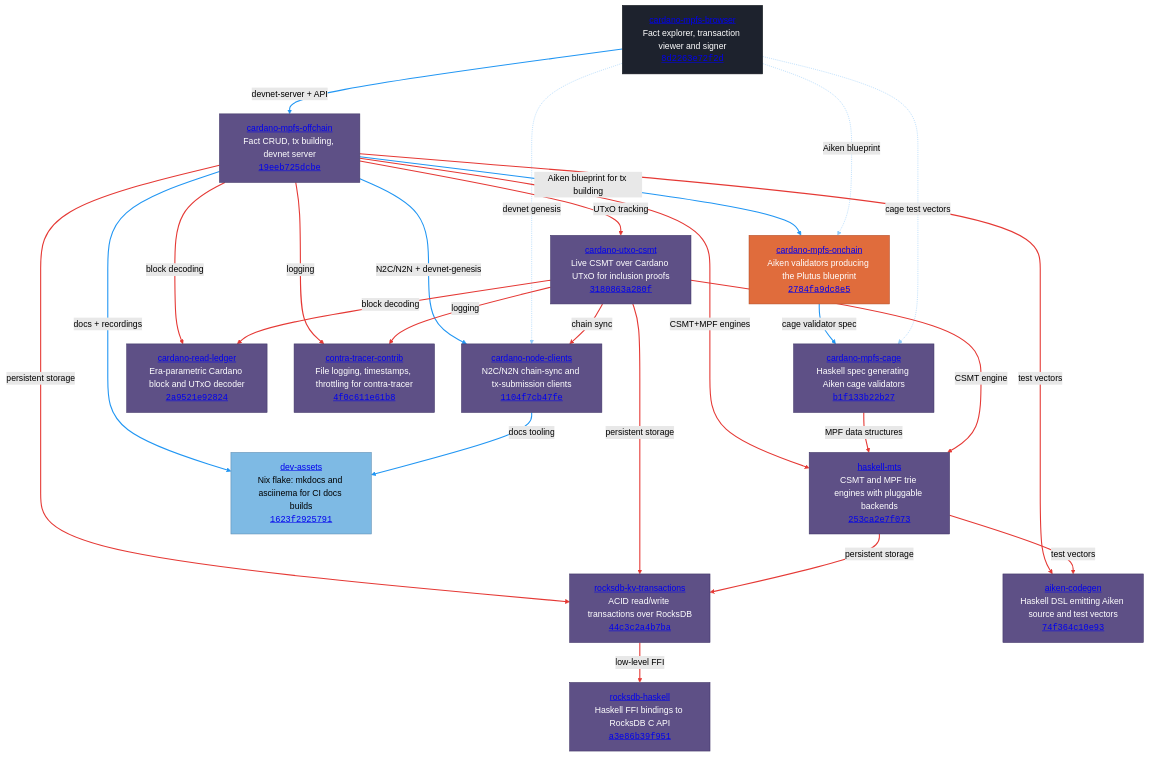
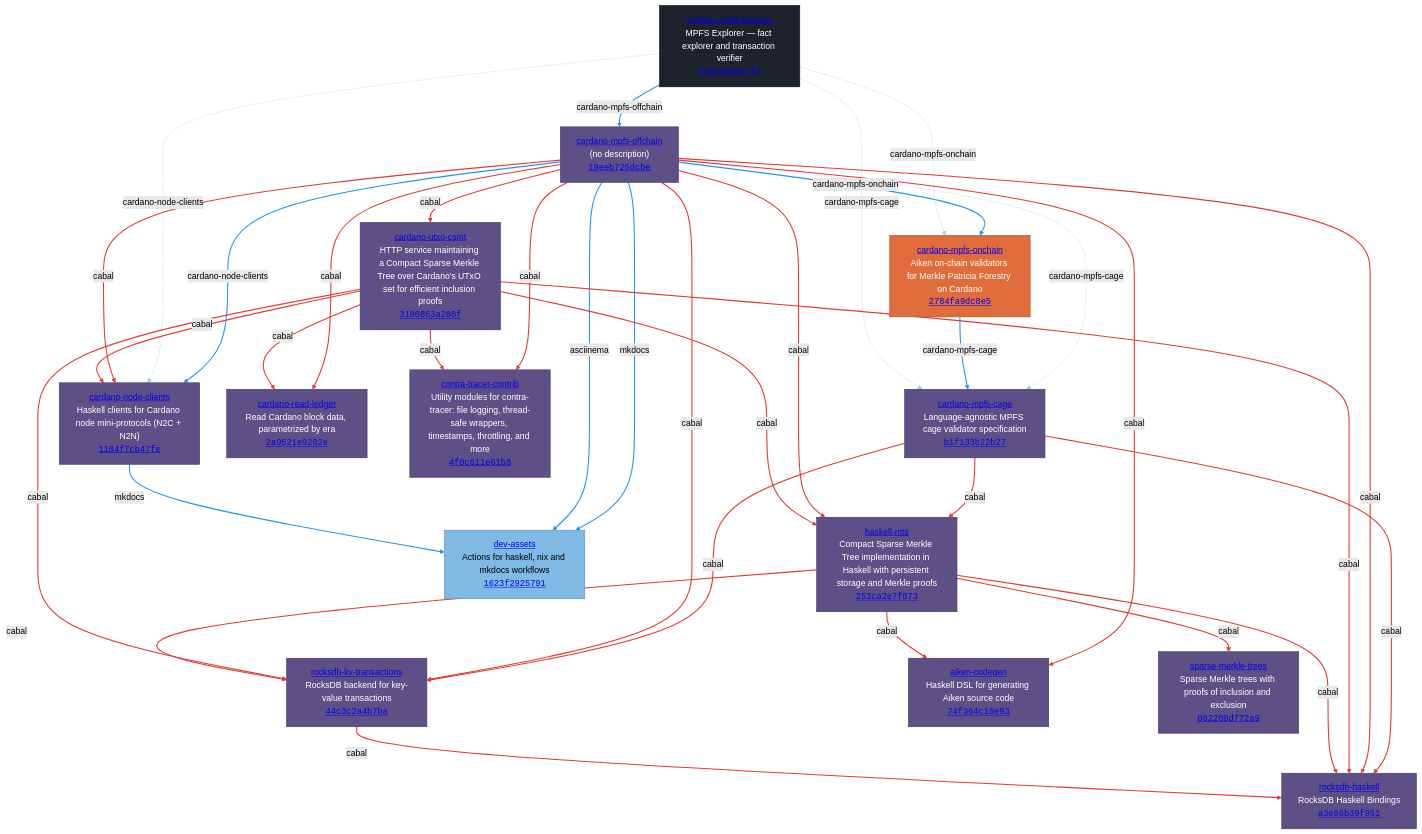
Before and after one commit to lambdasistemi/cardano-mpfs-browser: the diagram in ARCHITECTURE.md, drawn with Mermaid (forest theme). The commit also changed other lines of this file, not shown here.

Commit message:
feat: regenerate ARCHITECTURE.md with babashka script

````diff
--- a/ARCHITECTURE.md
+++ b/ARCHITECTURE.md
@@ -110,66 +127,60 @@
 ```mermaid
 graph TD
-    %% Node styles by language/technology
     classDef haskell fill:#5e5086,stroke:#3d3364,color:#fff
     classDef aiken fill:#e06c3c,stroke:#b34a24,color:#fff
     classDef purescript fill:#1d222d,stroke:#14181f,color:#fff
     classDef nix fill:#7ebae4,stroke:#5a8ab0,color:#000
 
-    %% Haskell repos
-    Offchain["<a href='https://github.com/lambdasistemi/cardano-mpfs-offchain/tree/19eeb725dcbe'>cardano-mpfs-offchain</a><br/>Fact CRUD, tx building, devnet server<br/><a href='https://github.com/lambdasistemi/cardano-mpfs-offchain/tree/19eeb725dcbe'><code>19eeb725dcbe</code></a>"]:::haskell
-    Cage["<a href='https://github.com/cardano-foundation/cardano-mpfs-cage/tree/b1f133b22b27'>cardano-mpfs-cage</a><br/>Haskell spec generating Aiken cage validators<br/><a href='https://github.com/cardano-foundation/cardano-mpfs-cage/tree/b1f133b22b27'><code>b1f133b22b27</code></a>"]:::haskell
-    NodeClients["<a href='https://github.com/lambdasistemi/cardano-node-clients/tree/1104f7cb47fe'>cardano-node-clients</a><br/>N2C/N2N chain-sync and tx-submission clients<br/><a href='https://github.com/lambdasistemi/cardano-node-clients/tree/1104f7cb47fe'><code>1104f7cb47fe</code></a>"]:::haskell
-    UtxoCsmt["<a href='https://github.com/lambdasistemi/cardano-utxo-csmt/tree/3180863a280f'>cardano-utxo-csmt</a><br/>Live CSMT over Cardano UTxO for inclusion proofs<br/><a href='https://github.com/lambdasistemi/cardano-utxo-csmt/tree/3180863a280f'><code>3180863a280f</code></a>"]:::haskell
-    MTS["<a href='https://github.com/lambdasistemi/haskell-mts/tree/253ca2e7f073'>haskell-mts</a><br/>CSMT and MPF trie engines with pluggable backends<br/><a href='https://github.com/lambdasistemi/haskell-mts/tree/253ca2e7f073'><code>253ca2e7f073</code></a>"]:::haskell
-    RocksKV["<a href='https://github.com/lambdasistemi/rocksdb-kv-transactions/tree/44c3c2a4b7ba'>rocksdb-kv-transactions</a><br/>ACID read/write transactions over RocksDB<br/><a href='https://github.com/lambdasistemi/rocksdb-kv-transactions/tree/44c3c2a4b7ba'><code>44c3c2a4b7ba</code></a>"]:::haskell
-    RocksHS["<a href='https://github.com/lambdasistemi/rocksdb-haskell/tree/a3e86b39f951'>rocksdb-haskell</a><br/>Haskell FFI bindings to RocksDB C API<br/><a href='https://github.com/lambdasistemi/rocksdb-haskell/tree/a3e86b39f951'><code>a3e86b39f951</code></a>"]:::haskell
-    ReadLedger["<a href='https://github.com/lambdasistemi/cardano-read-ledger/tree/2a9521e92824'>cardano-read-ledger</a><br/>Era-parametric Cardano block and UTxO decoder<br/><a href='https://github.com/lambdasistemi/cardano-read-ledger/tree/2a9521e92824'><code>2a9521e92824</code></a>"]:::haskell
-    Tracer["<a href='https://github.com/lambdasistemi/contra-tracer-contrib/tree/4f0c611e61b8'>contra-tracer-contrib</a><br/>File logging, timestamps, throttling for contra-tracer<br/><a href='https://github.com/lambdasistemi/contra-tracer-contrib/tree/4f0c611e61b8'><code>4f0c611e61b8</code></a>"]:::haskell
-    AikenGen["<a href='https://github.com/paolino/aiken-codegen/tree/74f364c10e93'>aiken-codegen</a><br/>Haskell DSL emitting Aiken source and test vectors<br/><a href='https://github.com/paolino/aiken-codegen/tree/74f364c10e93'><code>74f364c10e93</code></a>"]:::haskell
+    cardano_mpfs_browser["<a href='https://github.com/lambdasistemi/cardano-mpfs-browser/tree/b1015bde27f2'>cardano-mpfs-browser</a><br/>MPFS Explorer — fact explorer and transaction verifier<br/><a href='https://github.com/lambdasistemi/cardano-mpfs-browser/commit/b1015bde27f2'><code>b1015bde27f2</code></a>"]:::purescript
+    cardano_mpfs_cage["<a href='https://github.com/cardano-foundation/cardano-mpfs-cage/tree/b1f133b22b27'>cardano-mpfs-cage</a><br/>Language-agnostic MPFS cage validator specification<br/><a href='https://github.com/cardano-foundation/cardano-mpfs-cage/commit/b1f133b22b27'><code>b1f133b22b27</code></a>"]:::haskell
+    cardano_mpfs_offchain["<a href='https://github.com/lambdasistemi/cardano-mpfs-offchain/tree/19eeb725dcbe'>cardano-mpfs-offchain</a><br/>(no description)<br/><a href='https://github.com/lambdasistemi/cardano-mpfs-offchain/commit/19eeb725dcbe'><code>19eeb725dcbe</code></a>"]:::haskell
+    cardano_node_clients["<a href='https://github.com/lambdasistemi/cardano-node-clients/tree/1104f7cb47fe'>cardano-node-clients</a><br/>Haskell clients for Cardano node mini-protocols (N2C + N2N)<br/><a href='https://github.com/lambdasistemi/cardano-node-clients/commit/1104f7cb47fe'><code>1104f7cb47fe</code></a>"]:::haskell
+    cardano_read_ledger["<a href='https://github.com/lambdasistemi/cardano-read-ledger/tree/2a9521e9282e'>cardano-read-ledger</a><br/>Read Cardano block data, parametrized by era<br/><a href='https://github.com/lambdasistemi/cardano-read-ledger/commit/2a9521e9282e'><code>2a9521e9282e</code></a>"]:::haskell
+    cardano_utxo_csmt["<a href='https://github.com/lambdasistemi/cardano-utxo-csmt/tree/3180863a280f'>cardano-utxo-csmt</a><br/>HTTP service maintaining a Compact Sparse Merkle Tree over Cardano's UTxO set for efficient inclusion proofs<br/><a href='https://github.com/lambdasistemi/cardano-utxo-csmt/commit/3180863a280f'><code>3180863a280f</code></a>"]:::haskell
+    contra_tracer_contrib["<a href='https://github.com/lambdasistemi/contra-tracer-contrib/tree/4f0c611e61b8'>contra-tracer-contrib</a><br/>Utility modules for contra-tracer: file logging, thread-safe wrappers, timestamps, throttling, and more<br/><a href='https://github.com/lambdasistemi/contra-tracer-contrib/commit/4f0c611e61b8'><code>4f0c611e61b8</code></a>"]:::haskell
+    haskell_mts["<a href='https://github.com/lambdasistemi/haskell-mts/tree/253ca2e7f073'>haskell-mts</a><br/>Compact Sparse Merkle Tree implementation in Haskell with persistent storage and Merkle proofs<br/><a href='https://github.com/lambdasistemi/haskell-mts/commit/253ca2e7f073'><code>253ca2e7f073</code></a>"]:::haskell
+    rocksdb_haskell["<a href='https://github.com/lambdasistemi/rocksdb-haskell/tree/a3e86b39f951'>rocksdb-haskell</a><br/>RocksDB Haskell Bindings<br/><a href='https://github.com/lambdasistemi/rocksdb-haskell/commit/a3e86b39f951'><code>a3e86b39f951</code></a>"]:::haskell
+    rocksdb_kv_transactions["<a href='https://github.com/lambdasistemi/rocksdb-kv-transactions/tree/44c3c2a4b7ba'>rocksdb-kv-transactions</a><br/>RocksDB backend for key-value transactions<br/><a href='https://github.com/lambdasistemi/rocksdb-kv-transactions/commit/44c3c2a4b7ba'><code>44c3c2a4b7ba</code></a>"]:::haskell
+    aiken_codegen["<a href='https://github.com/paolino/aiken-codegen/tree/74f364c10e93'>aiken-codegen</a><br/>Haskell DSL for generating Aiken source code<br/><a href='https://github.com/paolino/aiken-codegen/commit/74f364c10e93'><code>74f364c10e93</code></a>"]:::haskell
+    cardano_mpfs_onchain["<a href='https://github.com/paolino/cardano-mpfs-onchain/tree/2784fa9dc8e5'>cardano-mpfs-onchain</a><br/>Aiken on-chain validators for Merkle Patricia Forestry on Cardano<br/><a href='https://github.com/paolino/cardano-mpfs-onchain/commit/2784fa9dc8e5'><code>2784fa9dc8e5</code></a>"]:::aiken
+    dev_assets["<a href='https://github.com/paolino/dev-assets/tree/1623f2925791'>dev-assets</a><br/>Actions for haskell, nix and mkdocs workflows<br/><a href='https://github.com/paolino/dev-assets/commit/1623f2925791'><code>1623f2925791</code></a>"]:::nix
+    sparse_merkle_trees["<a href='https://github.com/paolino/sparse-merkle-trees/tree/082280d772a9'>sparse-merkle-trees</a><br/>Sparse Merkle trees with proofs of inclusion and exclusion<br/><a href='https://github.com/paolino/sparse-merkle-trees/commit/082280d772a9'><code>082280d772a9</code></a>"]:::haskell
 
-    %% Aiken repo
-    Onchain["<a href='https://github.com/cardano-foundation/cardano-mpfs-onchain/tree/2784fa9dc8e5'>cardano-mpfs-onchain</a><br/>Aiken validators producing the Plutus blueprint<br/><a href='https://github.com/cardano-foundation/cardano-mpfs-onchain/tree/2784fa9dc8e5'><code>2784fa9dc8e5</code></a>"]:::aiken
+    cardano_mpfs_offchain -.->|"cardano-mpfs-cage"| cardano_mpfs_cage
+    cardano_mpfs_offchain -->|"cardano-node-clients"| cardano_node_clients
+    cardano_mpfs_offchain -->|"cardano-mpfs-onchain"| cardano_mpfs_onchain
+    cardano_mpfs_offchain -->|"mkdocs"| dev_assets
+    cardano_mpfs_offchain -->|"asciinema"| dev_assets
+    cardano_node_clients -->|"mkdocs"| dev_assets
+    cardano_mpfs_onchain -->|"cardano-mpfs-cage"| cardano_mpfs_cage
+    cardano_mpfs_browser -.->|"cardano-mpfs-cage"| cardano_mpfs_cage
+    cardano_mpfs_browser -->|"cardano-mpfs-offchain"| cardano_mpfs_offchain
+    cardano_mpfs_browser -.->|"cardano-node-clients"| cardano_node_clients
+    cardano_mpfs_browser -.->|"cardano-mpfs-onchain"| cardano_mpfs_onchain
+    cardano_mpfs_cage ==>|"cabal"| haskell_mts
+    cardano_mpfs_cage ==>|"cabal"| rocksdb_haskell
+    cardano_mpfs_cage ==>|"cabal"| rocksdb_kv_transactions
+    cardano_mpfs_offchain ==>|"cabal"| cardano_node_clients
+    cardano_mpfs_offchain ==>|"cabal"| cardano_read_ledger
+    cardano_mpfs_offchain ==>|"cabal"| cardano_utxo_csmt
+    cardano_mpfs_offchain ==>|"cabal"| contra_tracer_contrib
+    cardano_mpfs_offchain ==>|"cabal"| haskell_mts
+    cardano_mpfs_offchain ==>|"cabal"| rocksdb_haskell
+    cardano_mpfs_offchain ==>|"cabal"| rocksdb_kv_transactions
+    cardano_mpfs_offchain ==>|"cabal"| aiken_codegen
+    cardano_utxo_csmt ==>|"cabal"| cardano_node_clients
+    cardano_utxo_csmt ==>|"cabal"| cardano_read_ledger
+    cardano_utxo_csmt ==>|"cabal"| contra_tracer_contrib
+    cardano_utxo_csmt ==>|"cabal"| haskell_mts
+    cardano_utxo_csmt ==>|"cabal"| rocksdb_haskell
+    cardano_utxo_csmt ==>|"cabal"| rocksdb_kv_transactions
+    haskell_mts ==>|"cabal"| aiken_codegen
+    haskell_mts ==>|"cabal"| rocksdb_haskell
+    haskell_mts ==>|"cabal"| rocksdb_kv_transactions
+    haskell_mts ==>|"cabal"| sparse_merkle_trees
+    rocksdb_kv_transactions ==>|"cabal"| rocksdb_haskell
 
-    %% PureScript repo
-    Browser["<a href='https://github.com/lambdasistemi/cardano-mpfs-browser/tree/8d2263e72f2d'>cardano-mpfs-browser</a><br/>Fact explorer, transaction viewer and signer<br/><a href='https://github.com/lambdasistemi/cardano-mpfs-browser/tree/8d2263e72f2d'><code>8d2263e72f2d</code></a>"]:::purescript
-
-    %% Nix repo
-    DevAssets["<a href='https://github.com/paolino/dev-assets/tree/1623f2925791'>dev-assets</a><br/>Nix flake: mkdocs and asciinema for CI docs builds<br/><a href='https://github.com/paolino/dev-assets/tree/1623f2925791'><code>1623f2925791</code></a>"]:::nix
-
-    %% Flake input edges (0-5)
-    Browser -->|"devnet-server + API"| Offchain
-    Offchain -->|"Aiken blueprint for tx building"| Onchain
-    Offchain -->|"N2C/N2N + devnet-genesis"| NodeClients
-    Offchain -->|"docs + recordings"| DevAssets
-    Onchain -->|"cage validator spec"| Cage
-    NodeClients -->|"docs tooling"| DevAssets
-
-    %% Follows edges (6-8)
-    Browser -.->|"Aiken blueprint"| Onchain
-    Browser -.->|"cage test vectors"| Cage
-    Browser -.->|"devnet genesis"| NodeClients
-
-    %% Cabal edges (9-23)
-    Offchain ==>|"UTxO tracking"| UtxoCsmt
-    Offchain ==>|"CSMT+MPF engines"| MTS
-    Offchain ==>|"persistent storage"| RocksKV
-    Offchain ==>|"block decoding"| ReadLedger
-    Offchain ==>|"logging"| Tracer
-    Offchain ==>|"test vectors"| AikenGen
-    Cage ==>|"MPF data structures"| MTS
-    UtxoCsmt ==>|"CSMT engine"| MTS
-    UtxoCsmt ==>|"persistent storage"| RocksKV
-    UtxoCsmt ==>|"block decoding"| ReadLedger
-    UtxoCsmt ==>|"logging"| Tracer
-    UtxoCsmt ==>|"chain sync"| NodeClients
-    MTS ==>|"persistent storage"| RocksKV
-    MTS ==>|"test vectors"| AikenGen
-    RocksKV ==>|"low-level FFI"| RocksHS
-
-    %% Color flake edges blue
-    linkStyle 0,1,2,3,4,5 stroke:#2196F3,stroke-width:2px
-    %% Color follows edges light blue dashed
-    linkStyle 6,7,8 stroke:#90CAF9,stroke-width:1px
-    %% Color cabal edges red
-    linkStyle 9,10,11,12,13,14,15,16,17,18,19,20,21,22,23 stroke:#e53935,stroke-width:2px
+    linkStyle 1,2,3,4,5,6,8 stroke:#2196F3,stroke-width:2px
+    linkStyle 0,7,9,10 stroke:#90CAF9,stroke-width:1px
+    linkStyle 11,12,13,14,15,16,17,18,19,20,21,22,23,24,25,26,27,28,29,30,31,32 stroke:#e53935,stroke-width:2px
 ```
````
